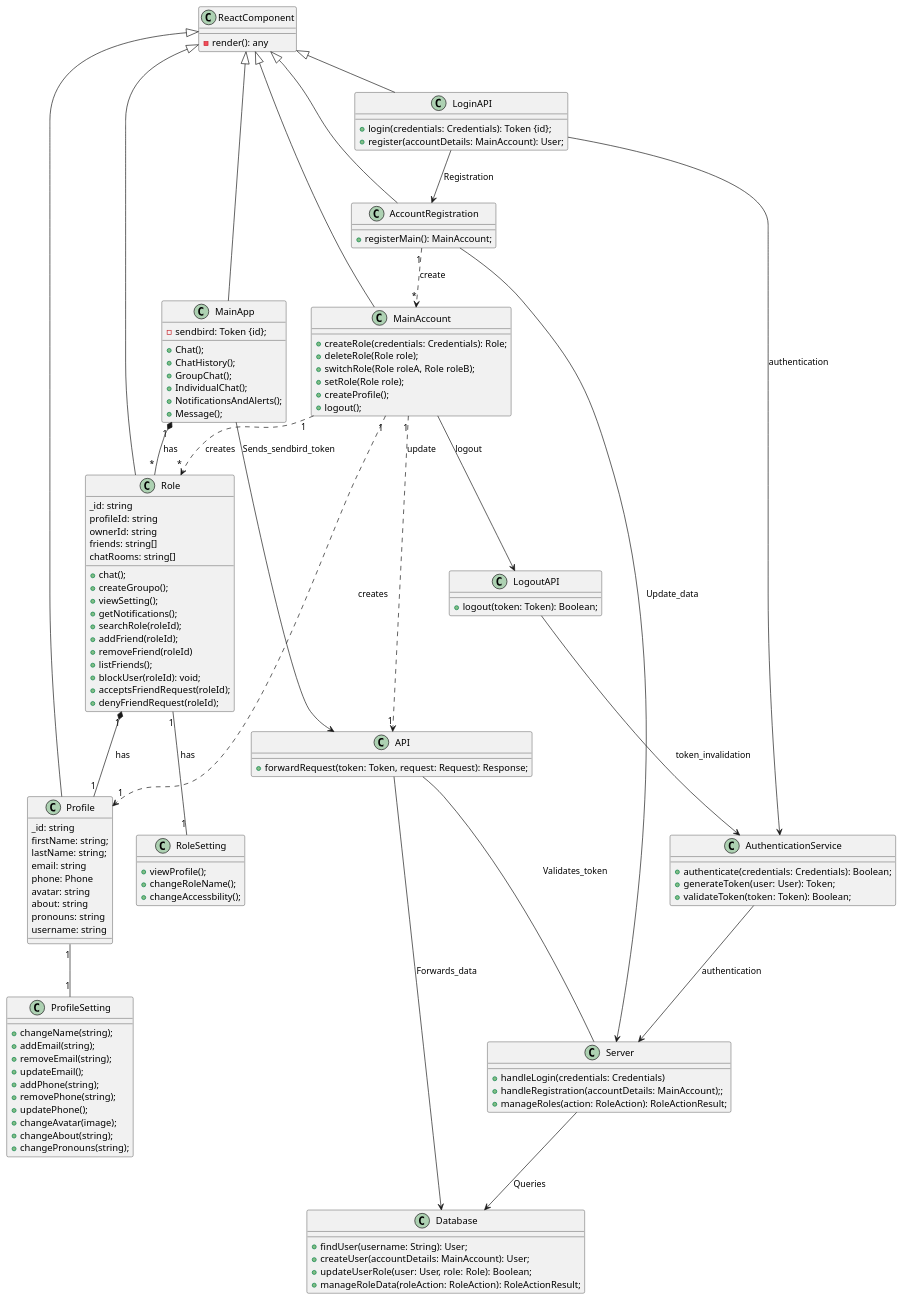
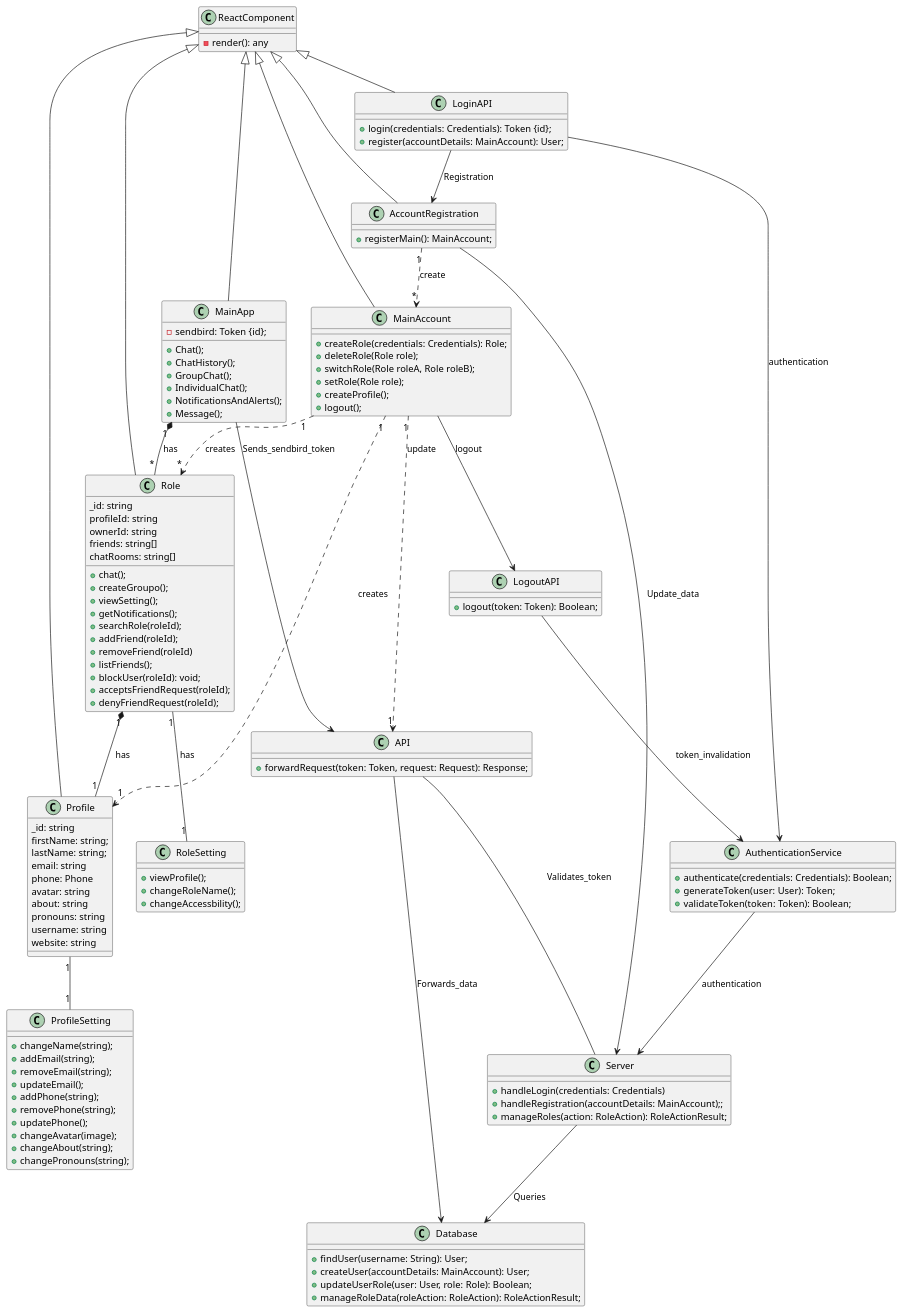
One commit to INEEDAMONITOR/Role-Rally changed the diagram in UML_Diagram/Plantuml/System_uml.plantuml. Above: the diagram before and after it, drawn with PlantUML. The commit also changed 10 other files, not shown here.

```diff
--- a/UML_Diagram/Plantuml/System_uml.plantuml
+++ b/UML_Diagram/Plantuml/System_uml.plantuml
@@ -1,140 +1,141 @@
 @startuml
 class ReactComponent {
     -render(): any
 }
 
 class MainApp {
     -sendbird: Token {id};
     +Chat();
     +ChatHistory();
     +GroupChat();
     +IndividualChat();
     +NotificationsAndAlerts();
     +Message();
 }
 
 class API {
     +forwardRequest(token: Token, request: Request): Response;
 }
 
 class Database {
     +findUser(username: String): User;
     +createUser(accountDetails: MainAccount): User;
     +updateUserRole(user: User, role: Role): Boolean;
     +manageRoleData(roleAction: RoleAction): RoleActionResult;
 }
 
 class AuthenticationService {
     +authenticate(credentials: Credentials): Boolean;
     +generateToken(user: User): Token;
     +validateToken(token: Token): Boolean;
 }
 
 class Server {
     +handleLogin(credentials: Credentials)
     +handleRegistration(accountDetails: MainAccount);;
     +manageRoles(action: RoleAction): RoleActionResult;
 }
 
 class LoginAPI {
     +login(credentials: Credentials): Token {id};
     +register(accountDetails: MainAccount): User;
 }
 
 class LogoutAPI {
     +logout(token: Token): Boolean;
 }
 
 class AccountRegistration {
     +registerMain(): MainAccount;
 }
 
 
 class MainAccount {
     +createRole(credentials: Credentials): Role;
     +deleteRole(Role role);
     +switchRole(Role roleA, Role roleB);
     +setRole(Role role);
     +createProfile();
     +logout();
 }
 
 class Role {
     _id: string
     profileId: string
     ownerId: string
     friends: string[]
     chatRooms: string[]
 
     +chat();
     +createGroupo();
     +viewSetting();
     +getNotifications();
     +searchRole(roleId);
     +addFriend(roleId);
     +removeFriend(roleId)
     +listFriends();
     +blockUser(roleId): void;
     +acceptsFriendRequest(roleId);
     +denyFriendRequest(roleId);
 }
 
 class RoleSetting{
   +viewProfile();
   +changeRoleName();
   +changeAccessbility();
 }
 
 class Profile {
     _id: string
     firstName: string;
     lastName: string;
     email: string
     phone: Phone
     avatar: string
     about: string
     pronouns: string
     username: string
+    website: string
 }
 
 class ProfileSetting{
   +changeName(string);
   +addEmail(string);
   +removeEmail(string);
   +updateEmail();
   +addPhone(string);
   +removePhone(string);
   +updatePhone();
   +changeAvatar(image);
   +changeAbout(string);
   +changePronouns(string);
 }
 
 ReactComponent <|-- MainApp
 ReactComponent <|-- LoginAPI
 ReactComponent <|-- AccountRegistration
 ReactComponent <|-- MainAccount
 ReactComponent <|-- Role
 ReactComponent <|-- Profile
 
 MainApp "1" *-- "*" Role : has
 Role "1" *-- "1" Profile : has
 Role "1" -- "1" RoleSetting : has
 Profile "1" -- "1" ProfileSetting
 
 LoginAPI --> AuthenticationService : "authentication"
 LoginAPI --> AccountRegistration : "Registration"
 AuthenticationService --> Server : "authentication"
 Server --> Database : "Queries"
 AccountRegistration --> Server : "Update_data"
 AccountRegistration "1" ..> "*" MainAccount : "create"
 MainApp --> API : "Sends_sendbird_token"
 API -- Server : "Validates_token"
 API --> Database : "Forwards_data"
 MainAccount --> LogoutAPI : "logout"
 LogoutAPI --> AuthenticationService : "token_invalidation"
 
 MainAccount "1" ..> "*" Role : creates
 MainAccount "1" ..> "1" Profile : creates
 MainAccount "1" ..> "1" API : update
 @enduml
```
